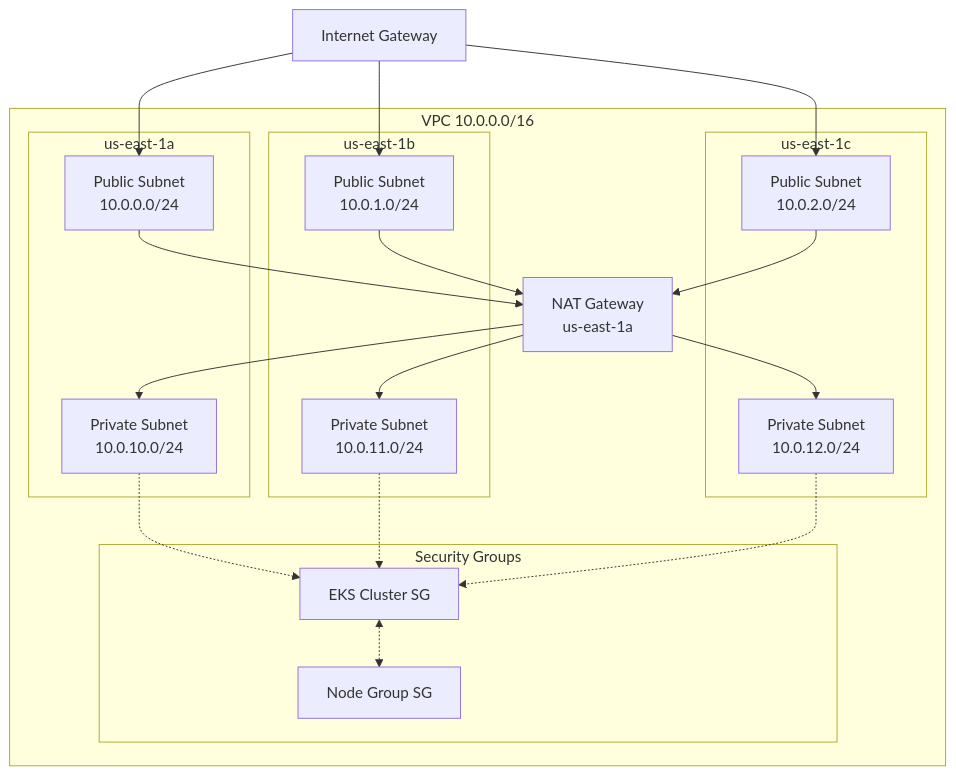
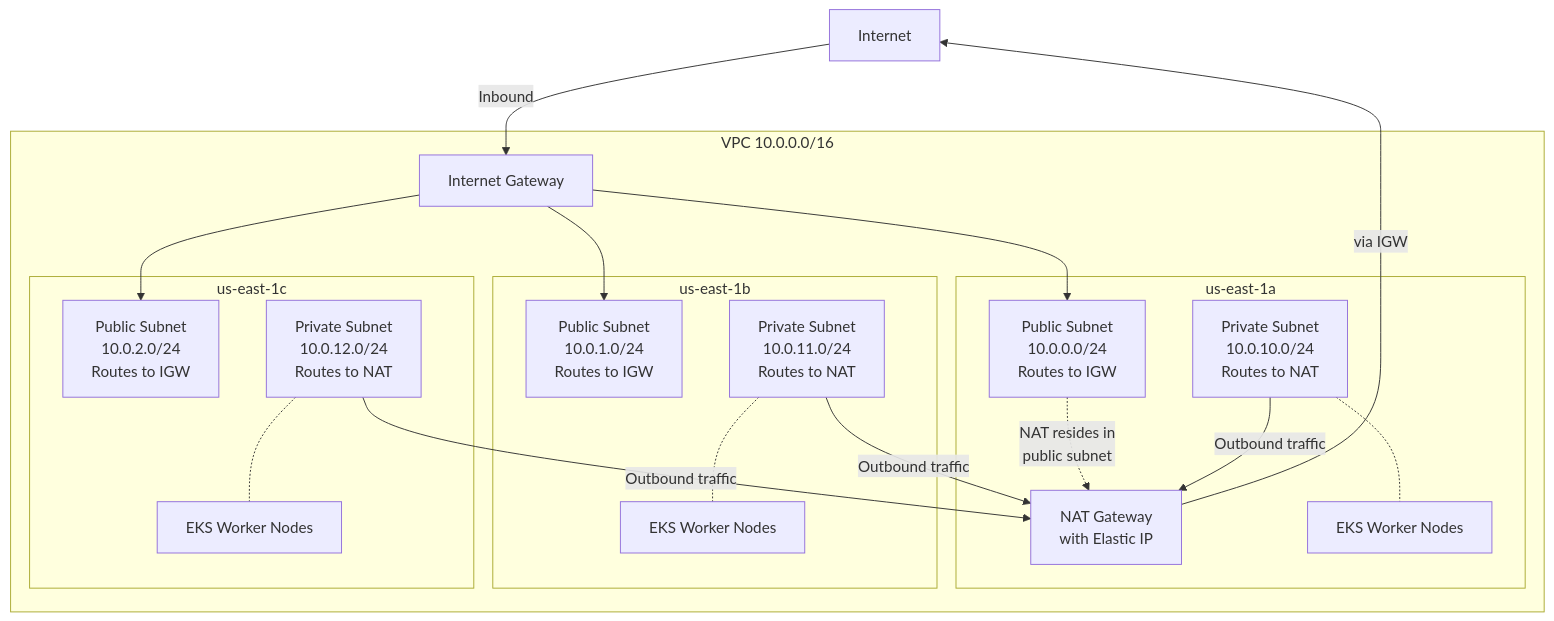
Before and after one commit to actekmetric/interview: the second of 21 diagrams in sre/docs/ARCHITECTURE.md, drawn with Mermaid. The commit also changed other lines of this file, not shown here.

Commit message:
Final clean-up.

````diff
--- a/sre/docs/ARCHITECTURE.md
+++ b/sre/docs/ARCHITECTURE.md
@@ -91,46 +91,47 @@
 ```mermaid
 graph TB
-    IGW[Internet Gateway]
+    INTERNET[Internet]
 
     subgraph "VPC 10.0.0.0/16"
+        IGW[Internet Gateway]
+
         subgraph "us-east-1a"
-            PUB1[Public Subnet<br/>10.0.0.0/24]
-            PRIV1[Private Subnet<br/>10.0.10.0/24]
+            PUB1[Public Subnet<br/>10.0.0.0/24<br/>Routes to IGW]
+            NAT1[NAT Gateway<br/>with Elastic IP]
+            PRIV1[Private Subnet<br/>10.0.10.0/24<br/>Routes to NAT]
+            EKS1[EKS Worker Nodes]
         end
 
         subgraph "us-east-1b"
-            PUB2[Public Subnet<br/>10.0.1.0/24]
-            PRIV2[Private Subnet<br/>10.0.11.0/24]
+            PUB2[Public Subnet<br/>10.0.1.0/24<br/>Routes to IGW]
+            PRIV2[Private Subnet<br/>10.0.11.0/24<br/>Routes to NAT]
+            EKS2[EKS Worker Nodes]
         end
 
         subgraph "us-east-1c"
-            PUB3[Public Subnet<br/>10.0.2.0/24]
-            PRIV3[Private Subnet<br/>10.0.12.0/24]
-        end
-
-        NAT1[NAT Gateway<br/>us-east-1a]
-
-        subgraph "Security Groups"
-            SG_EKS[EKS Cluster SG]
-            SG_NODE[Node Group SG]
+            PUB3[Public Subnet<br/>10.0.2.0/24<br/>Routes to IGW]
+            PRIV3[Private Subnet<br/>10.0.12.0/24<br/>Routes to NAT]
+            EKS3[EKS Worker Nodes]
         end
     end
 
+    %% Inbound traffic flow (from internet)
+    INTERNET -->|Inbound| IGW
     IGW --> PUB1
     IGW --> PUB2
     IGW --> PUB3
 
-    PUB1 --> NAT1
-    PUB2 --> NAT1
-    PUB3 --> NAT1
+    %% NAT Gateway placement
+    PUB1 -.->|NAT resides in<br/>public subnet| NAT1
 
-    NAT1 --> PRIV1
-    NAT1 --> PRIV2
-    NAT1 --> PRIV3
+    %% Outbound traffic flow (from private to internet)
+    PRIV1 -->|Outbound traffic| NAT1
+    PRIV2 -->|Outbound traffic| NAT1
+    PRIV3 -->|Outbound traffic| NAT1
+    NAT1 -->|via IGW| INTERNET
 
-    PRIV1 -.-> SG_EKS
-    PRIV2 -.-> SG_EKS
-    PRIV3 -.-> SG_EKS
-
-    SG_EKS <-.-> SG_NODE
+    %% EKS nodes in private subnets
+    PRIV1 -.- EKS1
+    PRIV2 -.- EKS2
+    PRIV3 -.- EKS3
 ```
````
